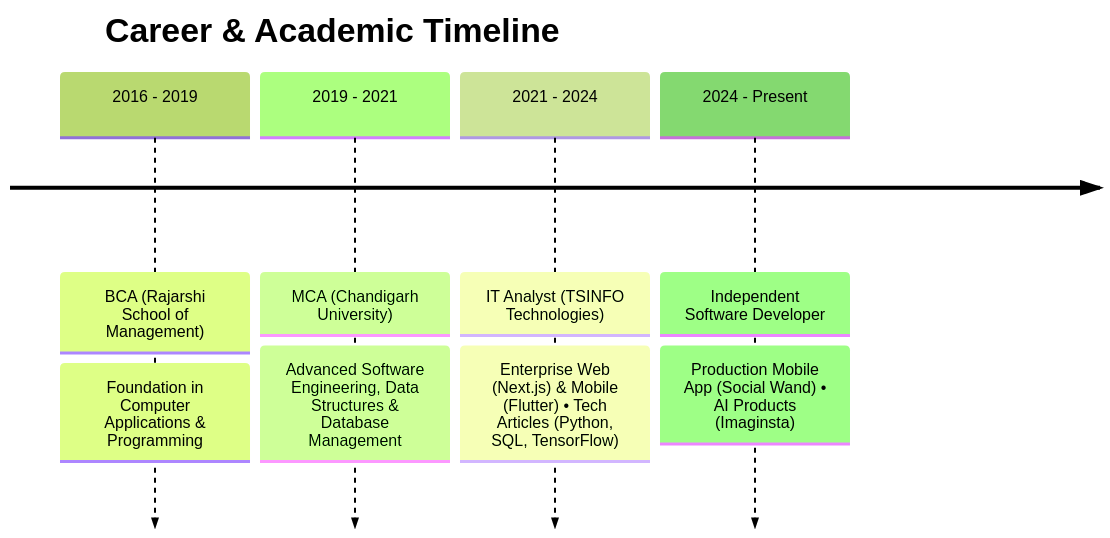
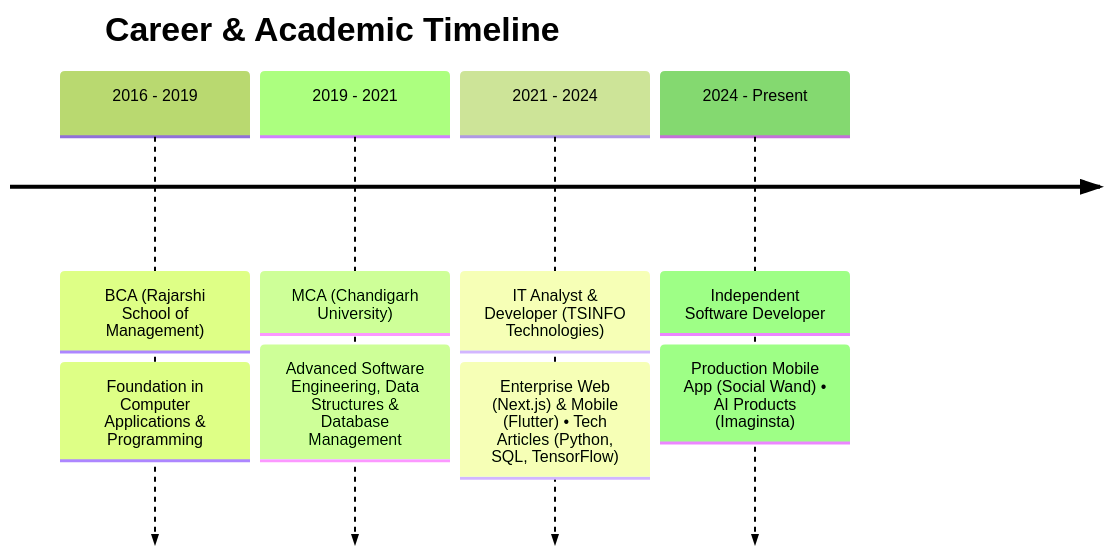
One commit to KS9004/KS9004 changed the diagram in README.md. Above: the diagram before and after it, drawn with Mermaid (forest theme). The commit also changed other lines of this file, not shown here.

Commit message:
docs: update role to IT Analyst & Developer

````diff
--- a/README.md
+++ b/README.md
@@ -86,8 +86,8 @@
 ```mermaid
 timeline
     title Career & Academic Timeline
     2016 - 2019 : BCA (Rajarshi School of Management) : Foundation in Computer Applications & Programming
     2019 - 2021 : MCA (Chandigarh University) : Advanced Software Engineering, Data Structures & Database Management
-    2021 - 2024 : IT Analyst (TSINFO Technologies) : Enterprise Web (Next.js) & Mobile (Flutter) • Tech Articles (Python, SQL, TensorFlow)
+    2021 - 2024 : IT Analyst & Developer (TSINFO Technologies) : Enterprise Web (Next.js) & Mobile (Flutter) • Tech Articles (Python, SQL, TensorFlow)
     2024 - Present : Independent Software Developer : Production Mobile App (Social Wand) • AI Products (Imaginsta)
 ```
````
